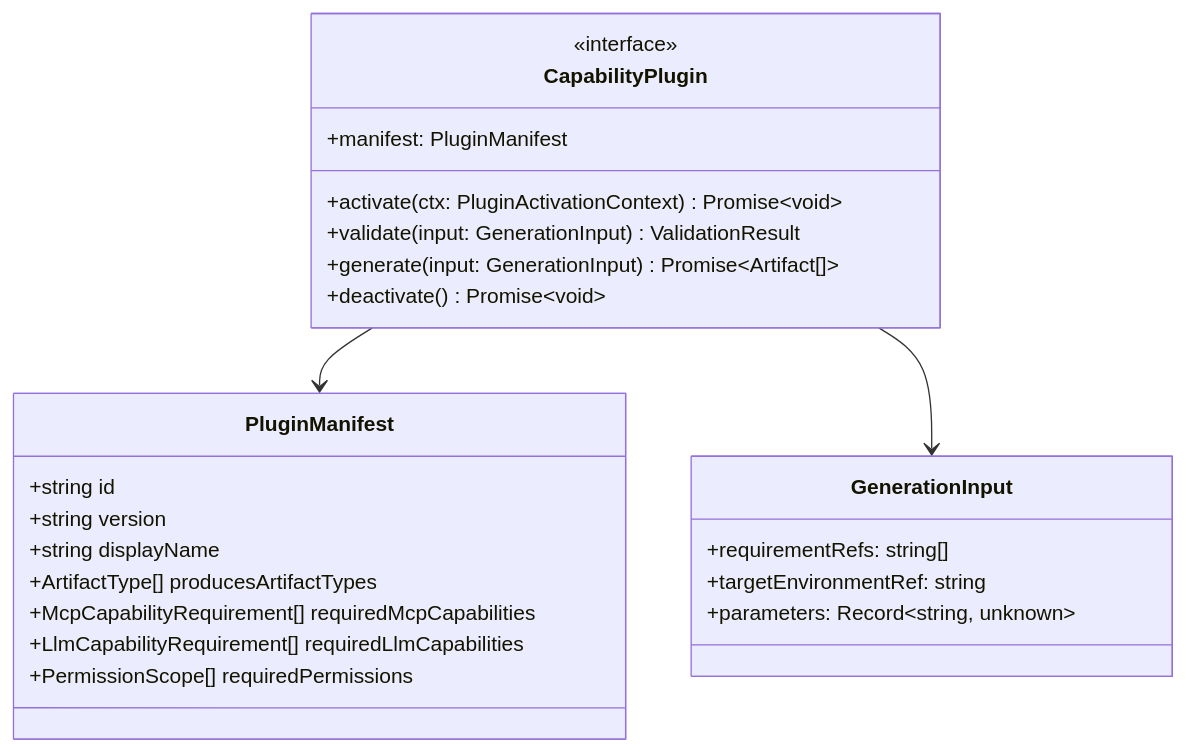
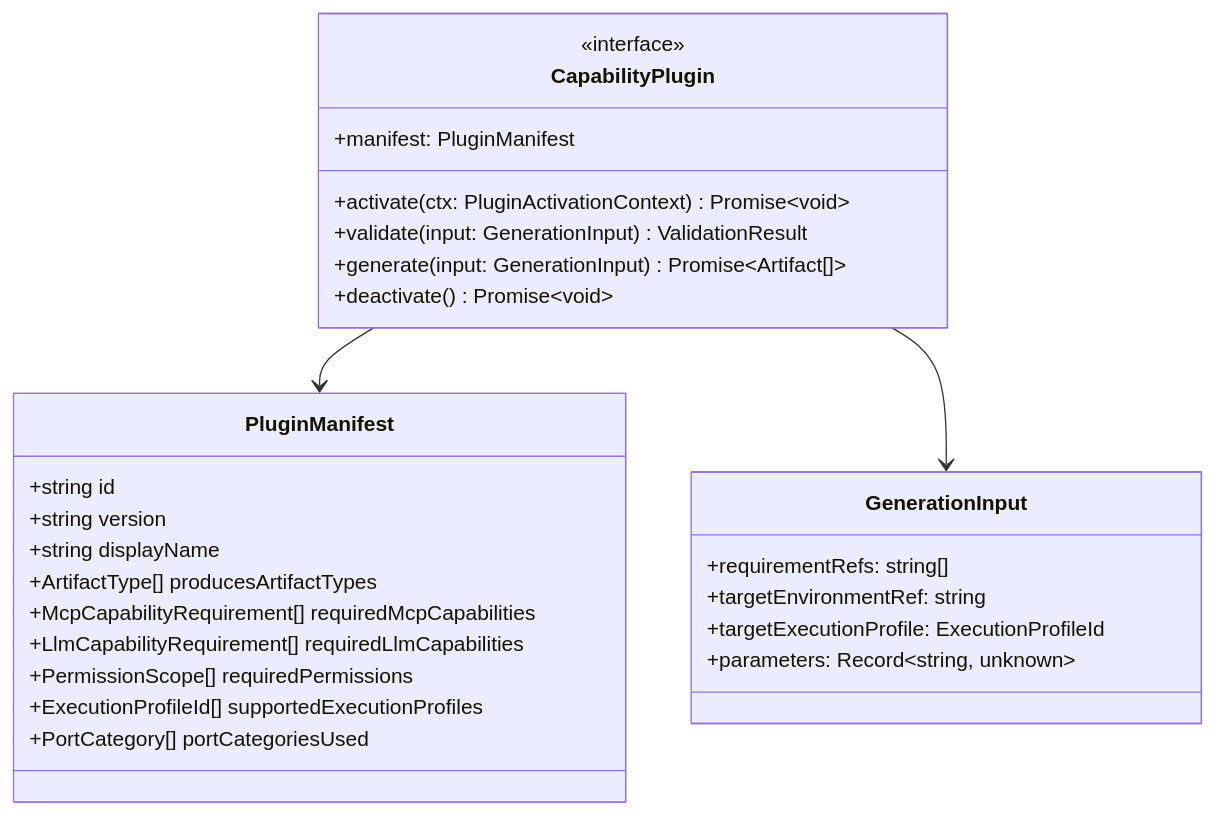
One commit to JDMata/Builder-Platform-OS changed the diagram in docs/architecture/05-plugin-architecture.md. Above: the diagram before and after it, drawn with Mermaid. The commit also changed other lines of this file and 13 other files, not shown here.

````diff
--- a/docs/architecture/05-plugin-architecture.md
+++ b/docs/architecture/05-plugin-architecture.md
@@ -7,27 +7,30 @@
 ```mermaid
 classDiagram
     class PluginManifest {
       +string id
       +string version
       +string displayName
       +ArtifactType[] producesArtifactTypes
       +McpCapabilityRequirement[] requiredMcpCapabilities
       +LlmCapabilityRequirement[] requiredLlmCapabilities
       +PermissionScope[] requiredPermissions
+      +ExecutionProfileId[] supportedExecutionProfiles
+      +PortCategory[] portCategoriesUsed
     }
     class CapabilityPlugin {
       <<interface>>
       +manifest: PluginManifest
       +activate(ctx: PluginActivationContext) Promise~void~
       +validate(input: GenerationInput) ValidationResult
       +generate(input: GenerationInput) Promise~Artifact[]~
       +deactivate() Promise~void~
     }
     class GenerationInput {
       +requirementRefs: string[]
       +targetEnvironmentRef: string
+      +targetExecutionProfile: ExecutionProfileId
       +parameters: Record~string, unknown~
     }
     CapabilityPlugin --> PluginManifest
     CapabilityPlugin --> GenerationInput
 ```
````
